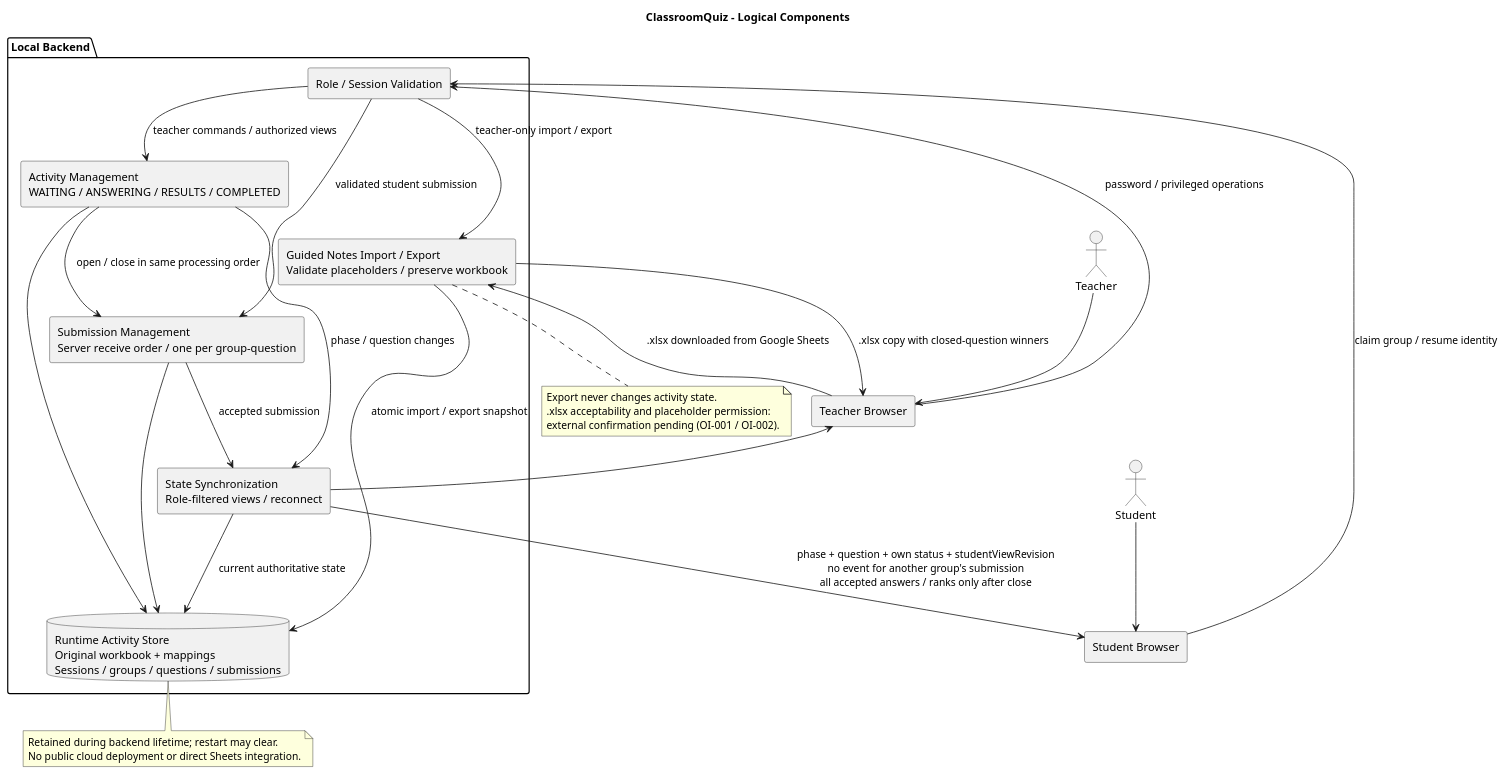
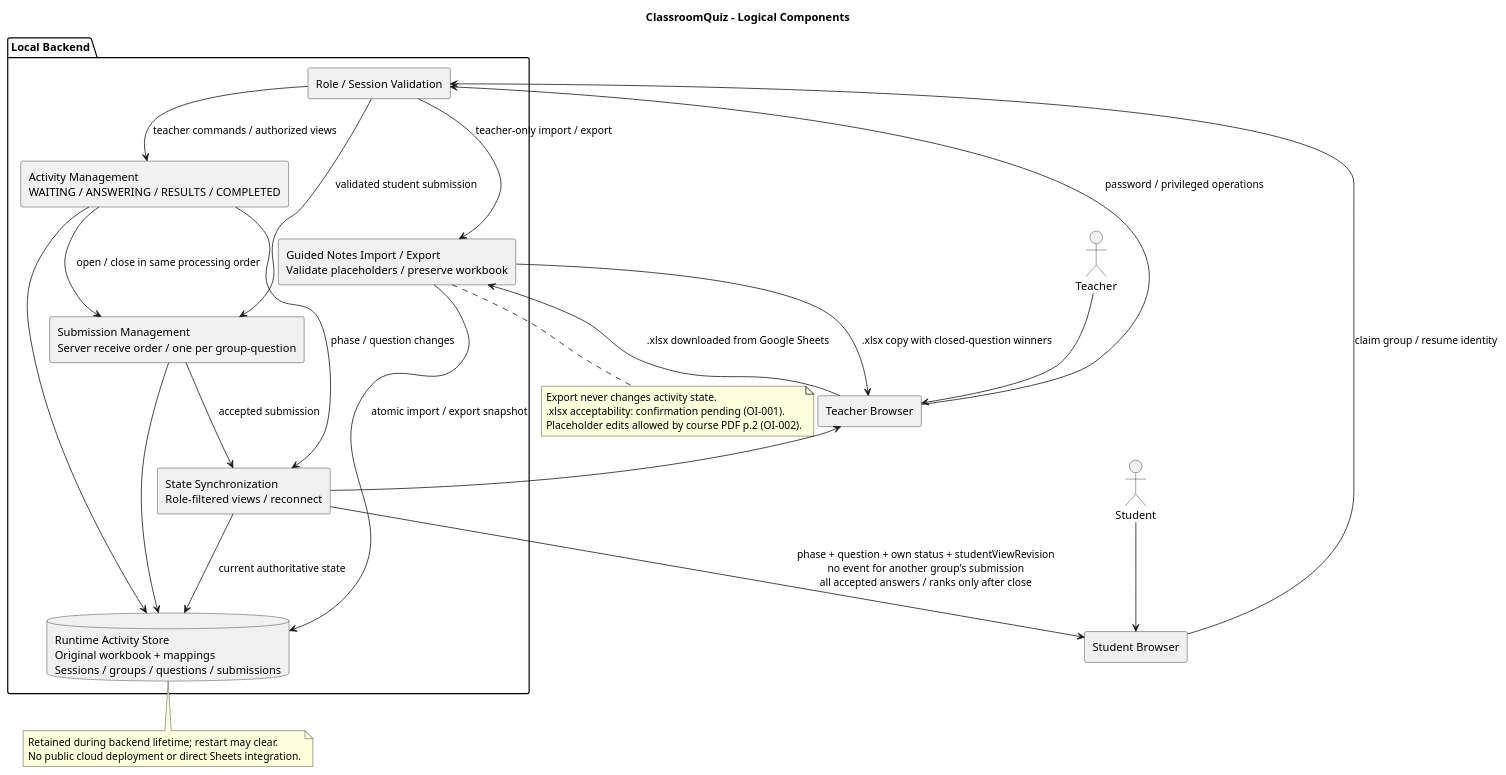
The diagram in diagrams/component.puml (yshun026/ClassroomQuiz), drawn with PlantUML before and after one commit. The commit also changed 63 other files, not shown here.

```diff
--- a/diagrams/component.puml
+++ b/diagrams/component.puml
@@ -1,44 +1,44 @@
 @startuml
 skinparam componentStyle rectangle
 skinparam shadowing false
 title ClassroomQuiz - Logical Components
 actor Teacher
 actor Student
 component "Teacher Browser" as TB
 component "Student Browser" as SB
 package "Local Backend" {
  component "Role / Session Validation" as Auth
  component "Activity Management\nWAITING / ANSWERING / RESULTS / COMPLETED" as Activity
  component "Submission Management\nServer receive order / one per group-question" as Quiz
  component "Guided Notes Import / Export\nValidate placeholders / preserve workbook" as Notes
  component "State Synchronization\nRole-filtered views / reconnect" as Sync
  database "Runtime Activity Store\nOriginal workbook + mappings\nSessions / groups / questions / submissions" as Store
 }
 Teacher --> TB
 Student --> SB
 TB --> Auth : password / privileged operations
 SB --> Auth : claim group / resume identity
 Auth --> Activity : teacher commands / authorized views
 Auth --> Quiz : validated student submission
 Auth --> Notes : teacher-only import / export
 Activity --> Quiz : open / close in same processing order
 Activity --> Store
 Quiz --> Store
 Notes --> Store : atomic import / export snapshot
 Activity --> Sync : phase / question changes
 Quiz --> Sync : accepted submission
 Sync --> Store : current authoritative state
 Sync --> TB : all submissions + status + rank\nteacher-only global stateRevision
 Sync --> SB : phase + question + own status + studentViewRevision\nno event for another group's submission\nall accepted answers / ranks only after close
 TB --> Notes : .xlsx downloaded from Google Sheets
 Notes --> TB : .xlsx copy with closed-question winners
 note bottom of Store
  Retained during backend lifetime; restart may clear.
  No public cloud deployment or direct Sheets integration.
 end note
 note bottom of Notes
  Export never changes activity state.
- .xlsx acceptability and placeholder permission:
- external confirmation pending (OI-001 / OI-002).
+ .xlsx acceptability: confirmation pending (OI-001).
+ Placeholder edits allowed by course PDF p.2 (OI-002).
 end note
 @enduml
```
